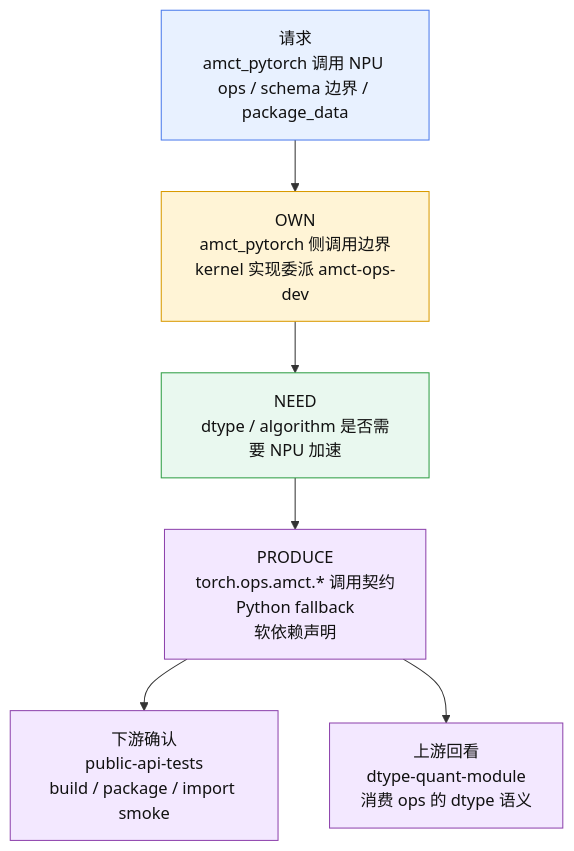
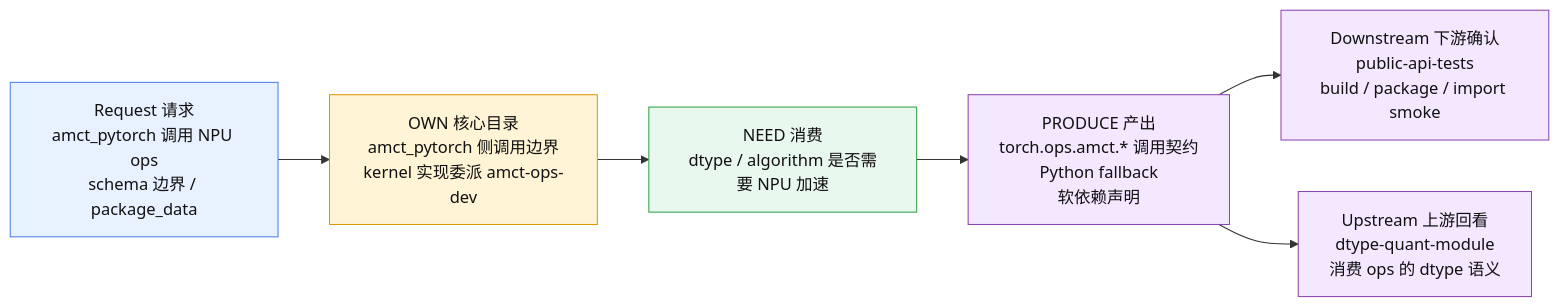
One commit to Atlas-Ascend-Fork/amct changed the tenth of 11 diagrams in .agents/docs/amct-coder-module-analysis.md. Above: the diagram before and after it, drawn with Mermaid. The commit also changed other lines of this file, not shown here.

````diff
--- a/.agents/docs/amct-coder-module-analysis.md
+++ b/.agents/docs/amct-coder-module-analysis.md
@@ -293,17 +355,17 @@
 ```mermaid
-flowchart TB
-    A["请求<br/>amct_pytorch 调用 NPU ops / schema 边界 / package_data"] --> B["OWN<br/>amct_pytorch 侧调用边界<br/>kernel 实现委派 amct-ops-dev"]
-    B --> C["NEED<br/>dtype / algorithm 是否需要 NPU 加速"]
-    C --> D["PRODUCE<br/>torch.ops.amct.* 调用契约<br/>Python fallback<br/>软依赖声明"]
-    D --> E["下游确认<br/>public-api-tests<br/>build / package / import smoke"]
-    D --> F["上游回看<br/>dtype-quant-module<br/>消费 ops 的 dtype 语义"]
+flowchart LR
+    A["Request 请求<br/>amct_pytorch 调用 NPU ops<br/>schema 边界 / package_data"] --> B["OWN 核心目录<br/>amct_pytorch 侧调用边界<br/>kernel 实现委派 amct-ops-dev"]
+    B --> C["NEED 消费<br/>dtype / algorithm 是否需要 NPU 加速"]
+    C --> D["PRODUCE 产出<br/>torch.ops.amct.* 调用契约<br/>Python fallback<br/>软依赖声明"]
+    D --> E["Downstream 下游确认<br/>public-api-tests<br/>build / package / import smoke"]
+    D --> F["Upstream 上游回看<br/>dtype-quant-module<br/>消费 ops 的 dtype 语义"]
 
     classDef entry fill:#e8f1ff,stroke:#4b7bec,stroke-width:1px,color:#111;
     classDef core fill:#fff4d6,stroke:#d99a00,stroke-width:1px,color:#111;
     classDef data fill:#e9f8ef,stroke:#2f9e44,stroke-width:1px,color:#111;
     classDef out fill:#f3e8ff,stroke:#8e44ad,stroke-width:1px,color:#111;
     class A entry;
     class B core;
     class C data;
     class D,E,F out;
 ```
````
